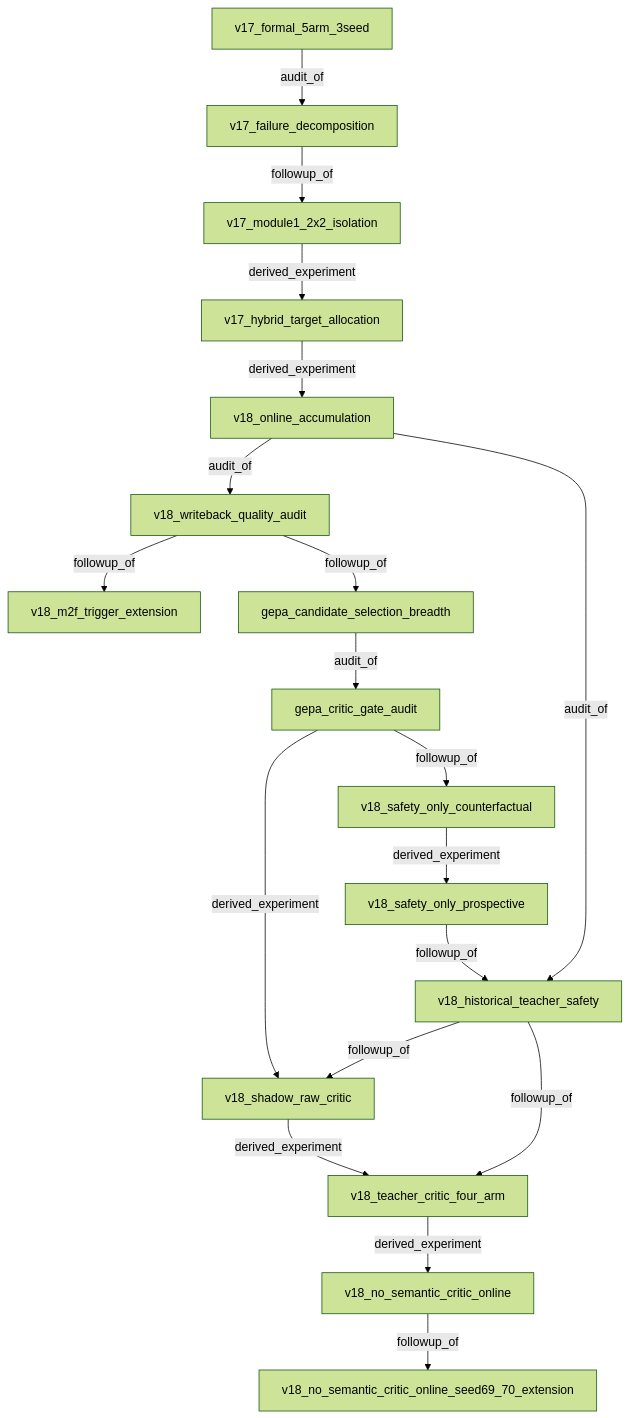
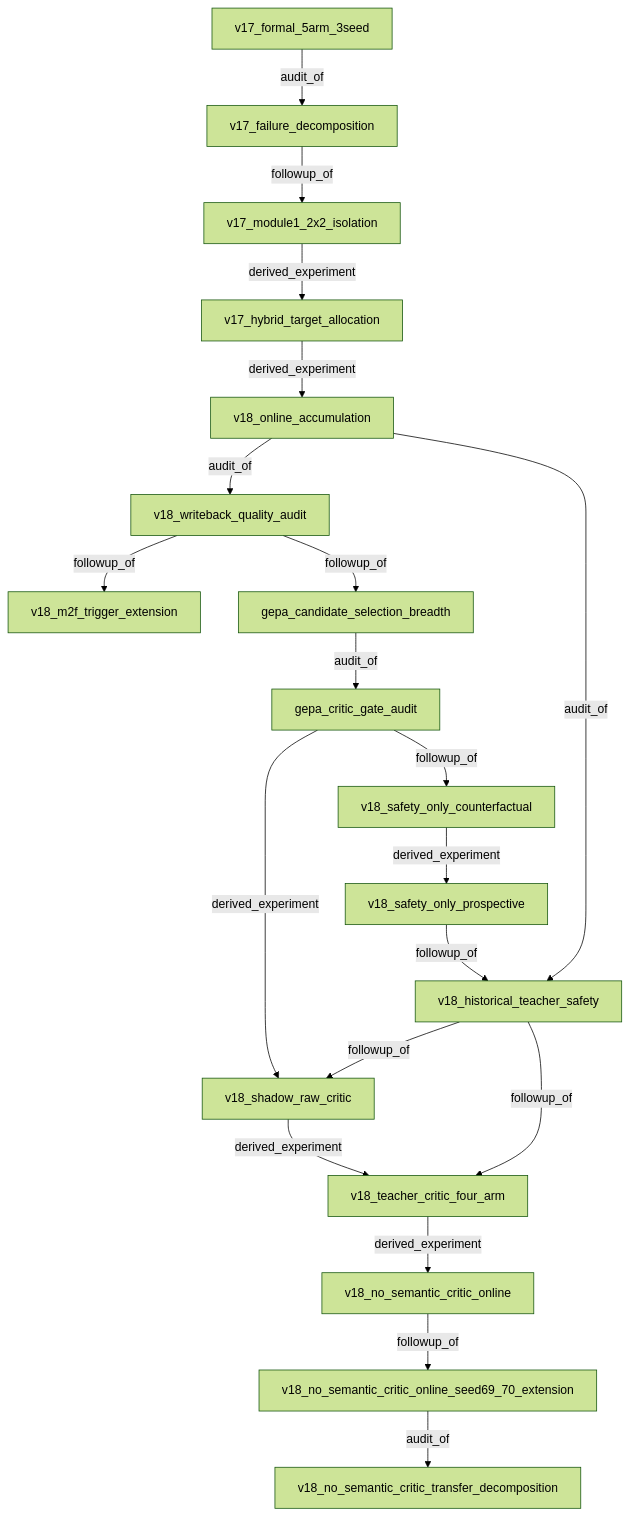
The diagram in docs/experiments/LINEAGE.md (mmmmyyyxx/multi_agent_diversity), drawn with Mermaid (forest theme) before and after one commit. The commit also changed other lines of this file and 18 other files, not shown here.

Commit message:
Audit no-semantic-Critic transfer divergence

````diff
--- a/docs/experiments/LINEAGE.md
+++ b/docs/experiments/LINEAGE.md
@@ -5,21 +5,22 @@
 ```mermaid
 graph TD
   v17_formal_5arm_3seed["v17_formal_5arm_3seed"] -->|audit_of| v17_failure_decomposition["v17_failure_decomposition"]
   v17_failure_decomposition["v17_failure_decomposition"] -->|followup_of| v17_module1_2x2_isolation["v17_module1_2x2_isolation"]
   v17_module1_2x2_isolation["v17_module1_2x2_isolation"] -->|derived_experiment| v17_hybrid_target_allocation["v17_hybrid_target_allocation"]
   v17_hybrid_target_allocation["v17_hybrid_target_allocation"] -->|derived_experiment| v18_online_accumulation["v18_online_accumulation"]
   v18_online_accumulation["v18_online_accumulation"] -->|audit_of| v18_writeback_quality_audit["v18_writeback_quality_audit"]
   v18_writeback_quality_audit["v18_writeback_quality_audit"] -->|followup_of| v18_m2f_trigger_extension["v18_m2f_trigger_extension"]
   v18_writeback_quality_audit["v18_writeback_quality_audit"] -->|followup_of| gepa_candidate_selection_breadth["gepa_candidate_selection_breadth"]
   gepa_candidate_selection_breadth["gepa_candidate_selection_breadth"] -->|audit_of| gepa_critic_gate_audit["gepa_critic_gate_audit"]
   gepa_critic_gate_audit["gepa_critic_gate_audit"] -->|followup_of| v18_safety_only_counterfactual["v18_safety_only_counterfactual"]
   v18_safety_only_counterfactual["v18_safety_only_counterfactual"] -->|derived_experiment| v18_safety_only_prospective["v18_safety_only_prospective"]
   v18_safety_only_prospective["v18_safety_only_prospective"] -->|followup_of| v18_historical_teacher_safety["v18_historical_teacher_safety"]
   v18_online_accumulation["v18_online_accumulation"] -->|audit_of| v18_historical_teacher_safety["v18_historical_teacher_safety"]
   gepa_critic_gate_audit["gepa_critic_gate_audit"] -->|derived_experiment| v18_shadow_raw_critic["v18_shadow_raw_critic"]
   v18_historical_teacher_safety["v18_historical_teacher_safety"] -->|followup_of| v18_shadow_raw_critic["v18_shadow_raw_critic"]
   v18_shadow_raw_critic["v18_shadow_raw_critic"] -->|derived_experiment| v18_teacher_critic_four_arm["v18_teacher_critic_four_arm"]
   v18_historical_teacher_safety["v18_historical_teacher_safety"] -->|followup_of| v18_teacher_critic_four_arm["v18_teacher_critic_four_arm"]
   v18_teacher_critic_four_arm["v18_teacher_critic_four_arm"] -->|derived_experiment| v18_no_semantic_critic_online["v18_no_semantic_critic_online"]
   v18_no_semantic_critic_online["v18_no_semantic_critic_online"] -->|followup_of| v18_no_semantic_critic_online_seed69_70_extension["v18_no_semantic_critic_online_seed69_70_extension"]
+  v18_no_semantic_critic_online_seed69_70_extension["v18_no_semantic_critic_online_seed69_70_extension"] -->|audit_of| v18_no_semantic_critic_transfer_decomposition["v18_no_semantic_critic_transfer_decomposition"]
 ```
````
